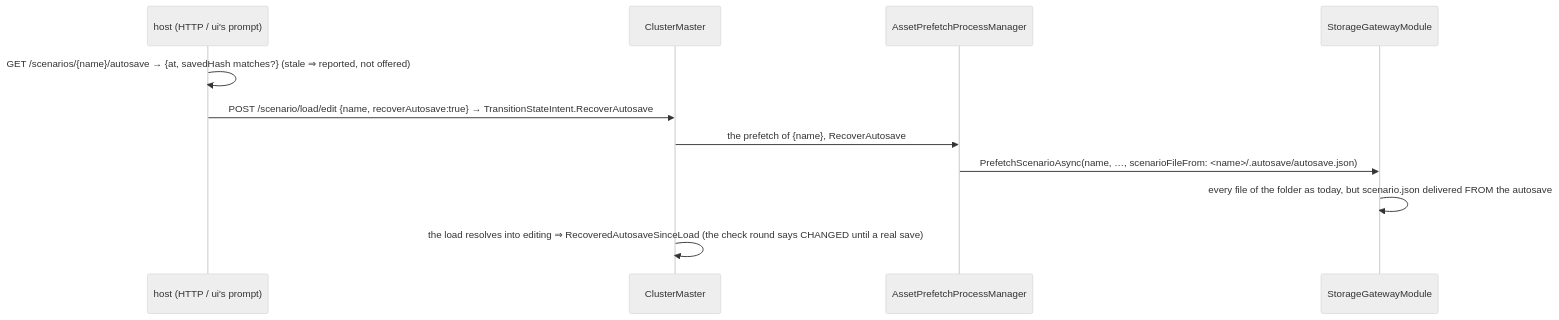
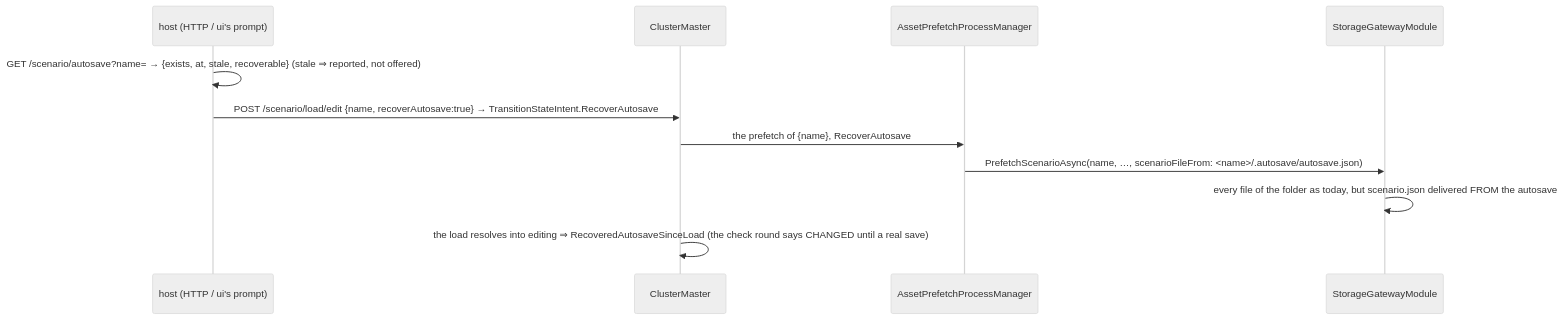
Diagram 31 of 31 in docs/blueprints/Architect_Question_108_Run_Mode_Picker.md (pjanec/HROT), drawn with Mermaid (neutral theme) before and after one commit. The commit also changed 1 other file, not shown here.

Commit message:
CE-4099 A7: note to ui (the recovery prompt and the door are theirs); §4c.3 route shape (a query: names hold slashes)
Claude-Session: https://claude.ai/code/session_01JDmfi9e7SQ3ARyMe25fvVJ

````diff
--- a/docs/blueprints/Architect_Question_108_Run_Mode_Picker.md
+++ b/docs/blueprints/Architect_Question_108_Run_Mode_Picker.md
@@ -1727,13 +1727,13 @@
 ```mermaid
 sequenceDiagram
   participant U as host (HTTP / ui's prompt)
   participant M as ClusterMaster
   participant P as AssetPrefetchProcessManager
   participant G as StorageGatewayModule
-  U->>U: GET /scenarios/{name}/autosave → {at, savedHash matches?} (stale ⇒ reported, not offered)
+  U->>U: GET /scenario/autosave?name= → {exists, at, stale, recoverable} (stale ⇒ reported, not offered)
   U->>M: POST /scenario/load/edit {name, recoverAutosave:true} → TransitionStateIntent.RecoverAutosave
   M->>P: the prefetch of {name}, RecoverAutosave
   P->>G: PrefetchScenarioAsync(name, …, scenarioFileFrom: <name>/.autosave/autosave.json)
   G->>G: every file of the folder as today, but scenario.json delivered FROM the autosave
   M->>M: the load resolves into editing ⇒ RecoveredAutosaveSinceLoad (the check round says CHANGED until a real save)
 ```
````
